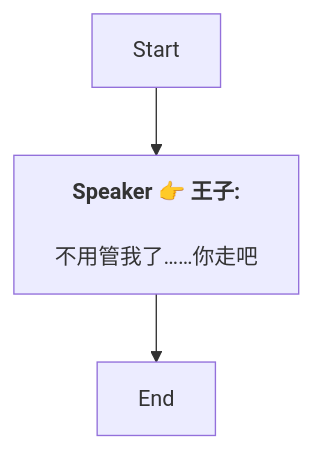
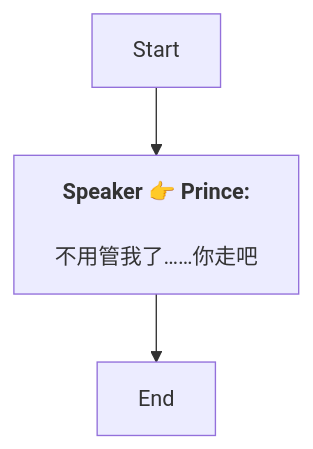
The diagram in Zh/AddDialogNode_1756587804491308.md (SoftHu/tos_avg), drawn with Mermaid before and after one commit. The commit also changed 737 other files, not shown here.

````diff
--- a/Zh/AddDialogNode_1756587804491308.md
+++ b/Zh/AddDialogNode_1756587804491308.md
@@ -1,8 +1,7 @@
 ```mermaid
 graph
-Start -->1756592167693871[<b>Speaker 👉 王子:</b>
-
-不用管我了……你走吧]
+Start -->1756592167693871[<b>Speaker 👉 Prince:</b>
+\n不用管我了……你走吧]
 1756592167693871 -->1756592201024048[End]
 
- ```
+```
````
